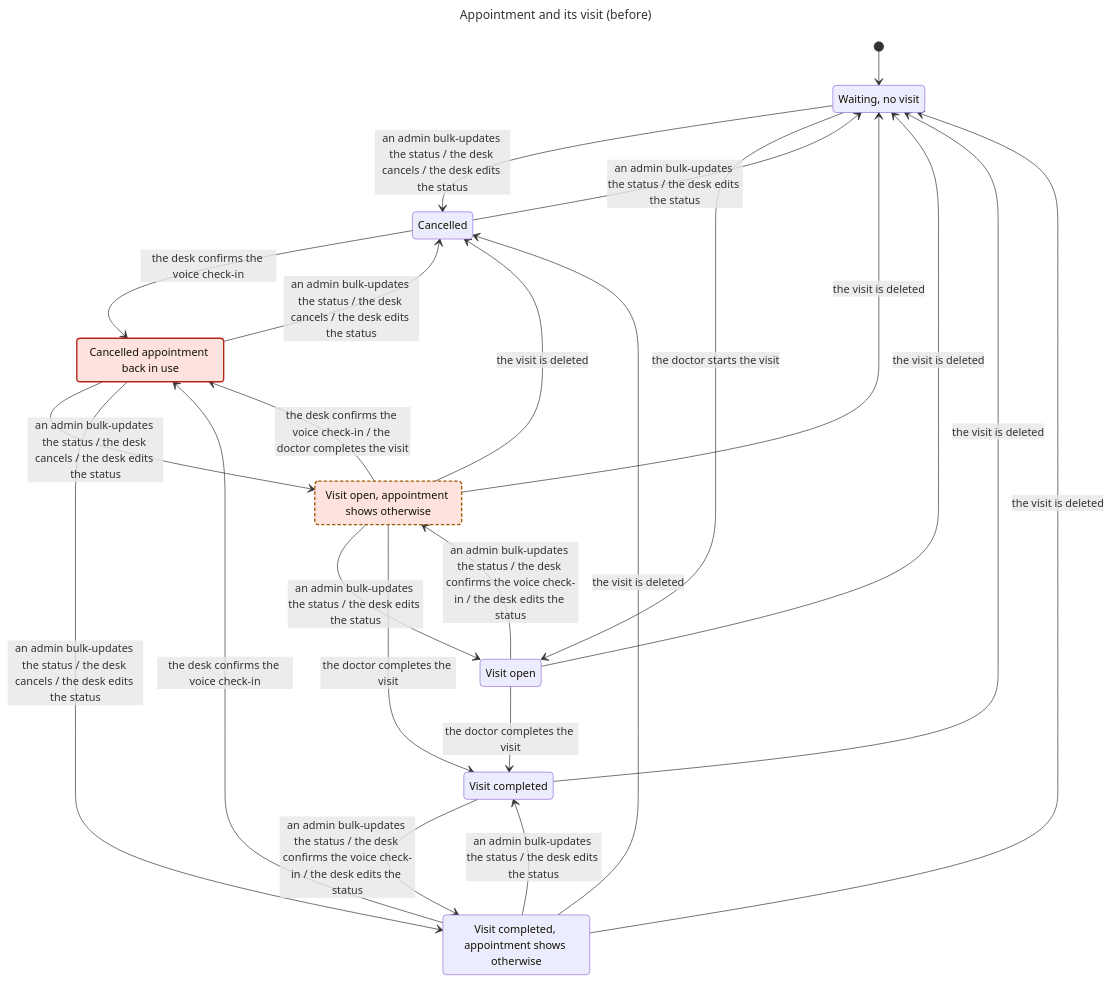
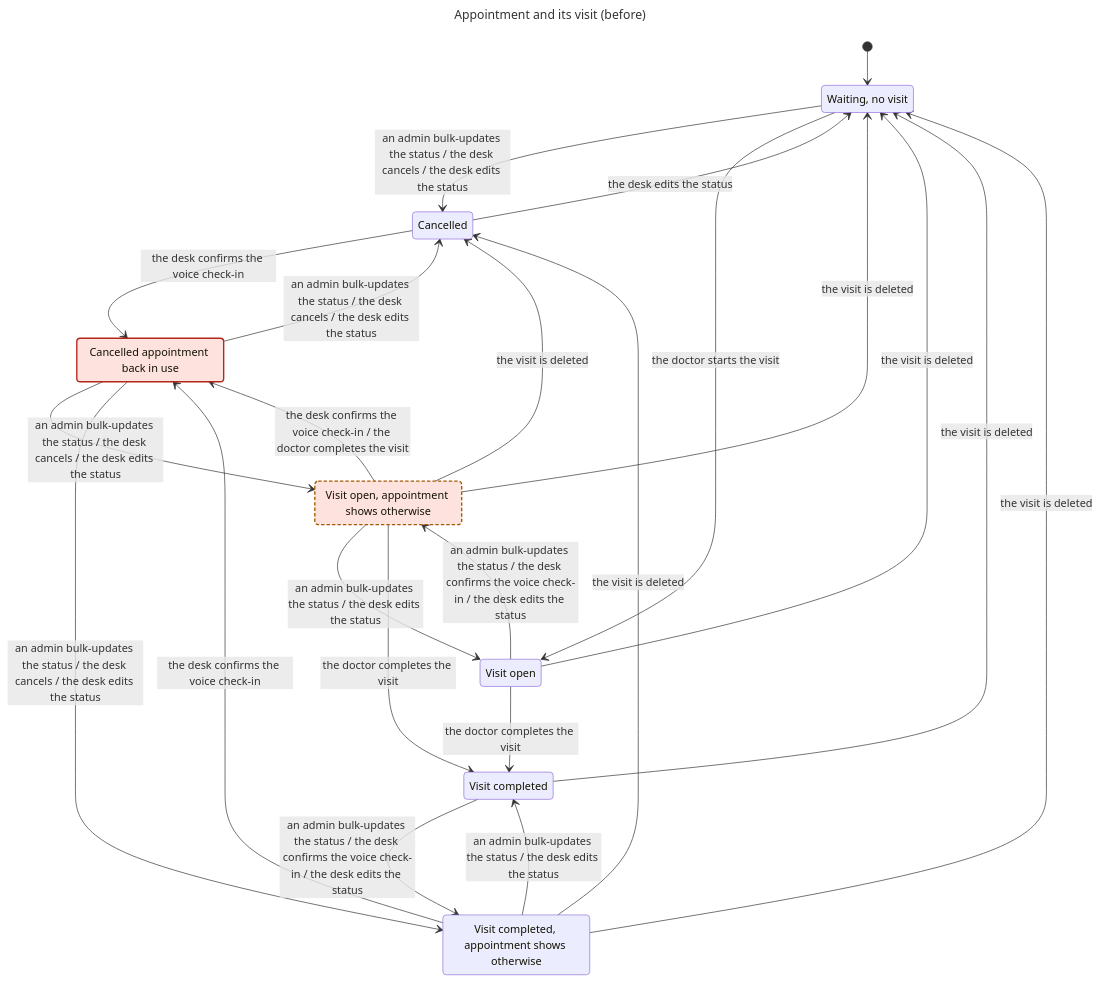
Before and after one commit to nareshshah139/Clinic_Management_System: the diagram in verification/state-machines/appointment-visit/results/before.mmd, drawn with Mermaid. The commit also changed 7 other files, not shown here.

```diff
--- a/verification/state-machines/appointment-visit/results/before.mmd
+++ b/verification/state-machines/appointment-visit/results/before.mmd
@@ -1,38 +1,38 @@
 ---
 title: "Appointment and its visit (before)"
 ---
 stateDiagram-v2
   state "Waiting, no visit" as s0
   state "Cancelled" as s1
   state "Visit open" as s2
   state "Cancelled appointment back in use" as s3
   state "Visit completed" as s4
   state "Visit open, appointment shows otherwise" as s5
   state "Visit completed, appointment shows otherwise" as s6
   [*] --> s0
   s0 --> s1: an admin bulk-updates the status / the desk cancels / the desk edits the status
   s0 --> s2: the doctor starts the visit
-  s1 --> s0: an admin bulk-updates the status / the desk edits the status
+  s1 --> s0: the desk edits the status
   s1 --> s3: the desk confirms the voice check-in
   s2 --> s0: the visit is deleted
   s2 --> s4: the doctor completes the visit
   s2 --> s5: an admin bulk-updates the status / the desk confirms the voice check-in / the desk edits the status
   s3 --> s1: an admin bulk-updates the status / the desk cancels / the desk edits the status
   s3 --> s5: an admin bulk-updates the status / the desk cancels / the desk edits the status
   s3 --> s6: an admin bulk-updates the status / the desk cancels / the desk edits the status
   s4 --> s0: the visit is deleted
   s4 --> s6: an admin bulk-updates the status / the desk confirms the voice check-in / the desk edits the status
   s5 --> s0: the visit is deleted
   s5 --> s1: the visit is deleted
   s5 --> s2: an admin bulk-updates the status / the desk edits the status
   s5 --> s3: the desk confirms the voice check-in / the doctor completes the visit
   s5 --> s4: the doctor completes the visit
   s6 --> s0: the visit is deleted
   s6 --> s1: the visit is deleted
   s6 --> s3: the desk confirms the voice check-in
   s6 --> s4: an admin bulk-updates the status / the desk edits the status
   classDef breaks fill:#fde2dd,stroke:#b3261e,stroke-width:2px
   classDef stuck fill:#fdf0d5,stroke:#a35a05,stroke-width:2px,stroke-dasharray:5 3
   classDef breaksAndStuck fill:#fde2dd,stroke:#a35a05,stroke-width:2px,stroke-dasharray:5 3
   class s3 breaks
   class s5 breaksAndStuck
```
